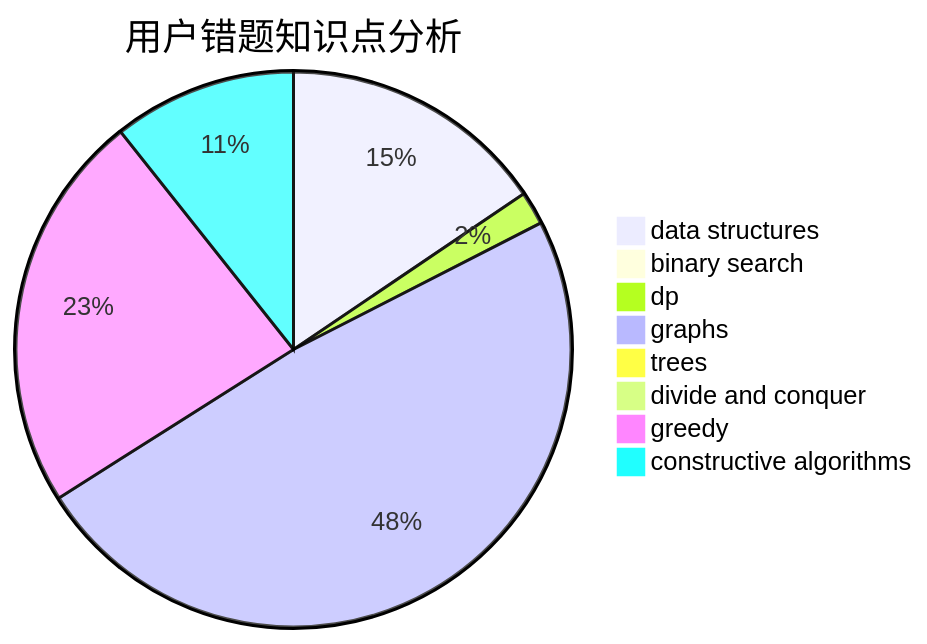
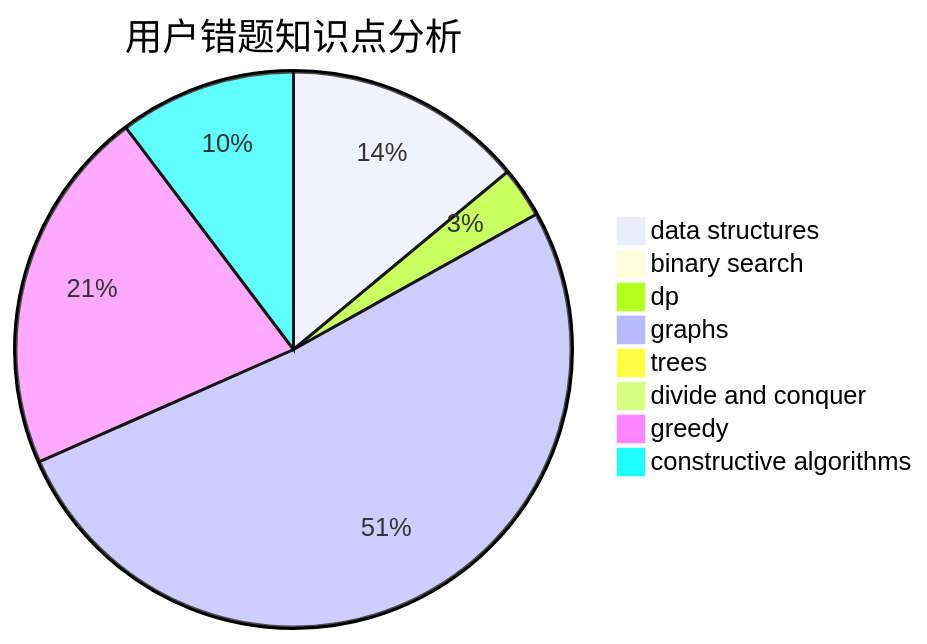
Before and after one commit to sherpahu/cfrs.github.io: the third of 3 diagrams in docs/user/u1006.md, drawn with Mermaid. The commit also changed other lines of this file and 2770 other files, not shown here.

````diff
--- a/docs/user/u1006.md
+++ b/docs/user/u1006.md
@@ -36,11 +36,11 @@
 ```mermaid
 pie title 用户错题知识点分析
-    "data structures" :  16
+    "data structures" :  19
     "binary search" :  1
-    "dp" :  2
-    "graphs" :  50
+    "dp" :  4
+    "graphs" :  70
     "trees" :  0
     "divide and conquer" :  0
-    "greedy" :  24
-    "constructive algorithms" :  11
+    "greedy" :  29
+    "constructive algorithms" :  14
 ```
````
